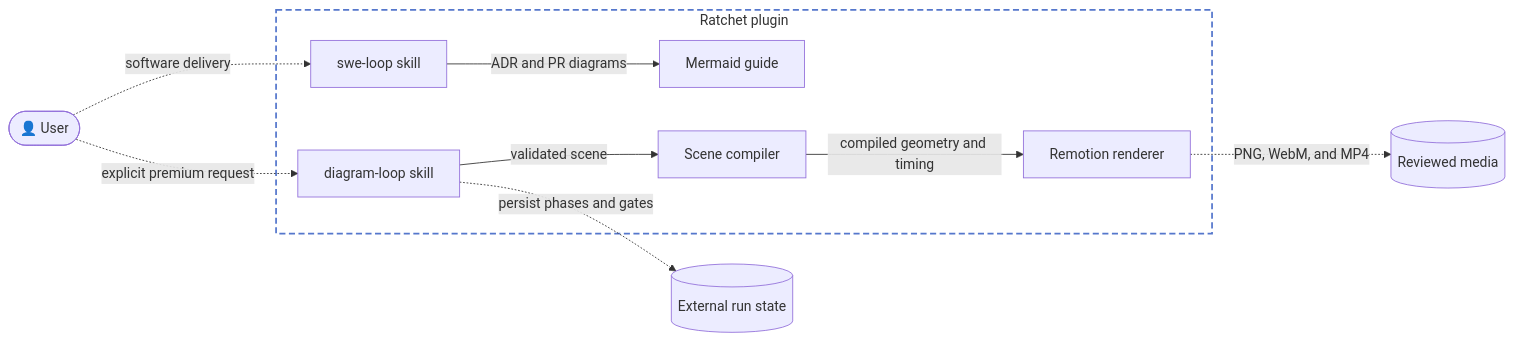
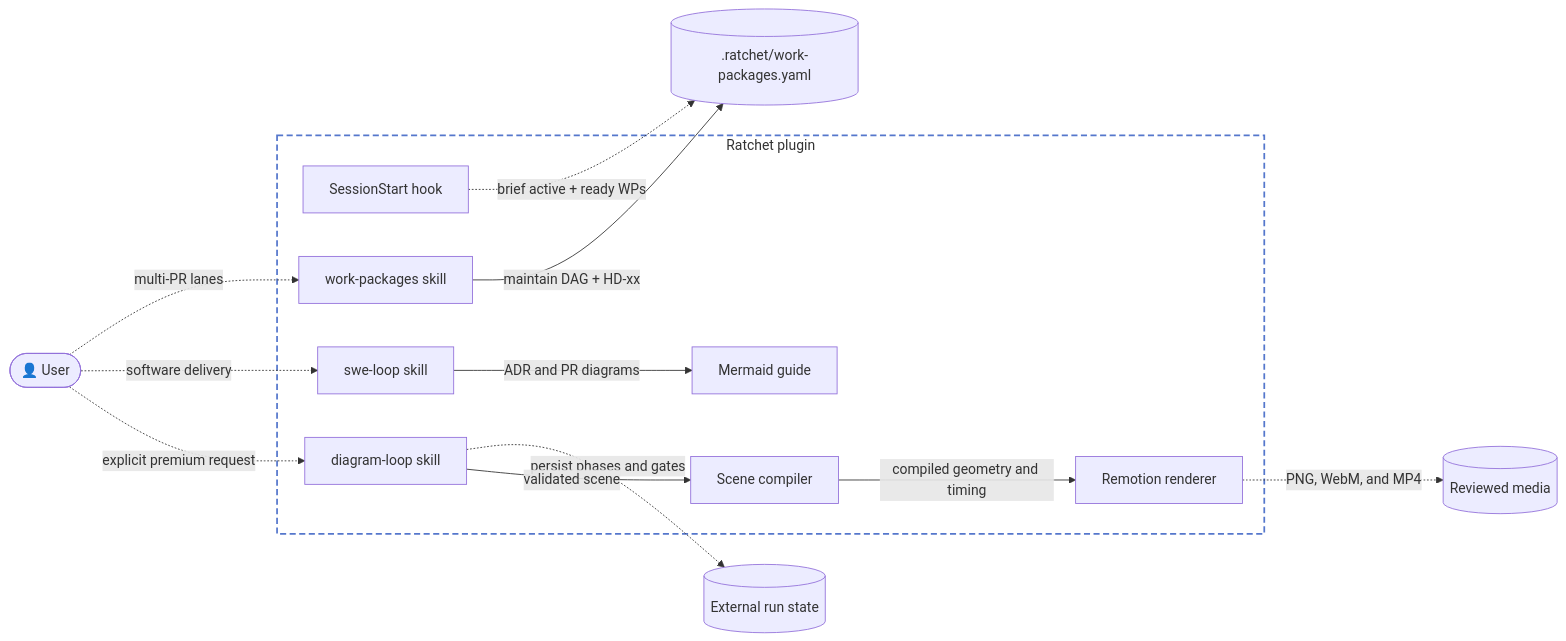
Before and after one commit to dej-h/ratchet: the diagram in docs/architecture.md, drawn with Mermaid. The commit also changed other lines of this file and 10 other files, not shown here.

Commit message:
Add always-on .ratchet/ work-package DAG and SessionStart hook

````diff
--- a/docs/architecture.md
+++ b/docs/architecture.md
@@ -8,24 +11,30 @@
 ```mermaid
 graph LR
     User(["👤 User"])
+    RatchetDir[(".ratchet/work-packages.yaml")]
     RunState[("External run state")]
     Outputs[("Reviewed media")]
 
     subgraph plugin["Ratchet plugin"]
+        Hook["SessionStart hook"]
+        WP["work-packages skill"]
         Swe["swe-loop skill"]
         Mermaid["Mermaid guide"]
         Diagram["diagram-loop skill"]
         Compiler["Scene compiler"]
         Renderer["Remotion renderer"]
     end
 
+    Hook -.->|"brief active + ready WPs"| RatchetDir
+    User -.->|"multi-PR lanes"| WP
+    WP -->|"maintain DAG + HD-xx"| RatchetDir
     User -.->|"software delivery"| Swe
     Swe -->|"ADR and PR diagrams"| Mermaid
     User -.->|"explicit premium request"| Diagram
     Diagram -.->|"persist phases and gates"| RunState
     Diagram -->|"validated scene"| Compiler
     Compiler -->|"compiled geometry and timing"| Renderer
     Renderer -.->|"PNG, WebM, and MP4"| Outputs
 
     style plugin fill:none,stroke:#5577cc,stroke-width:2px,stroke-dasharray:7 4
 ```
````
